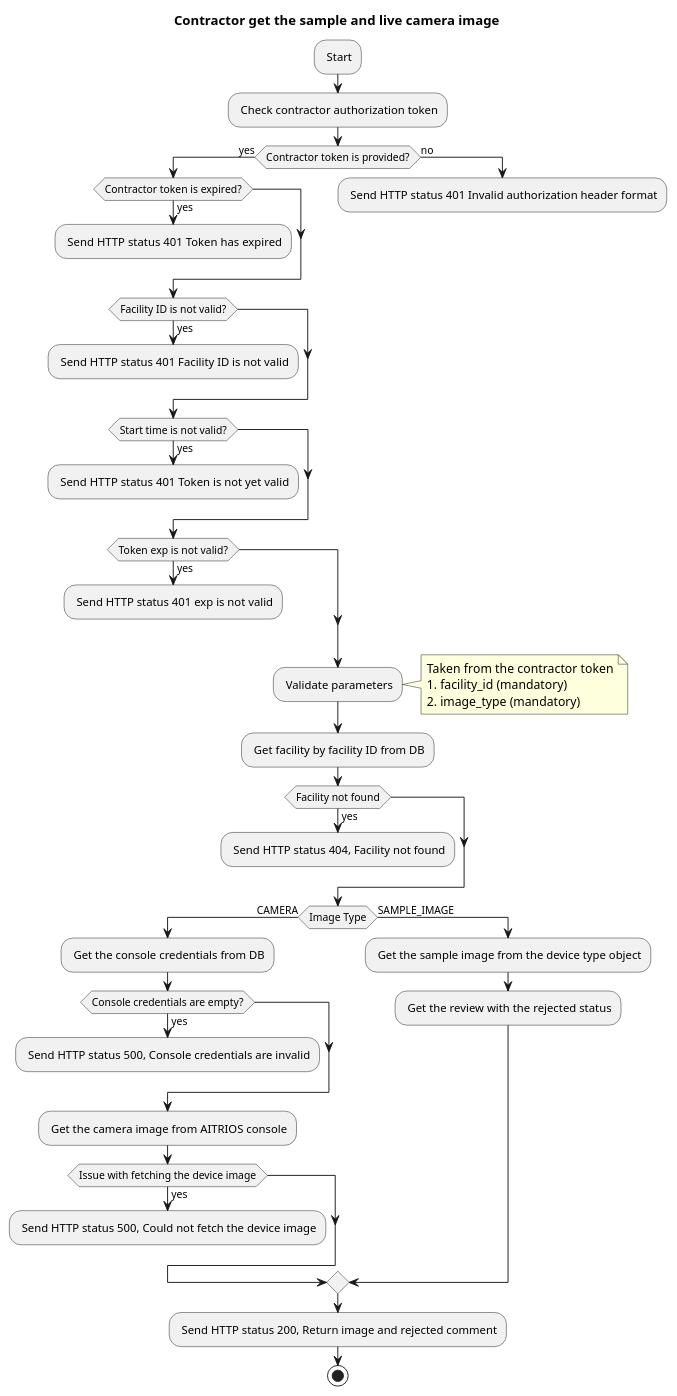
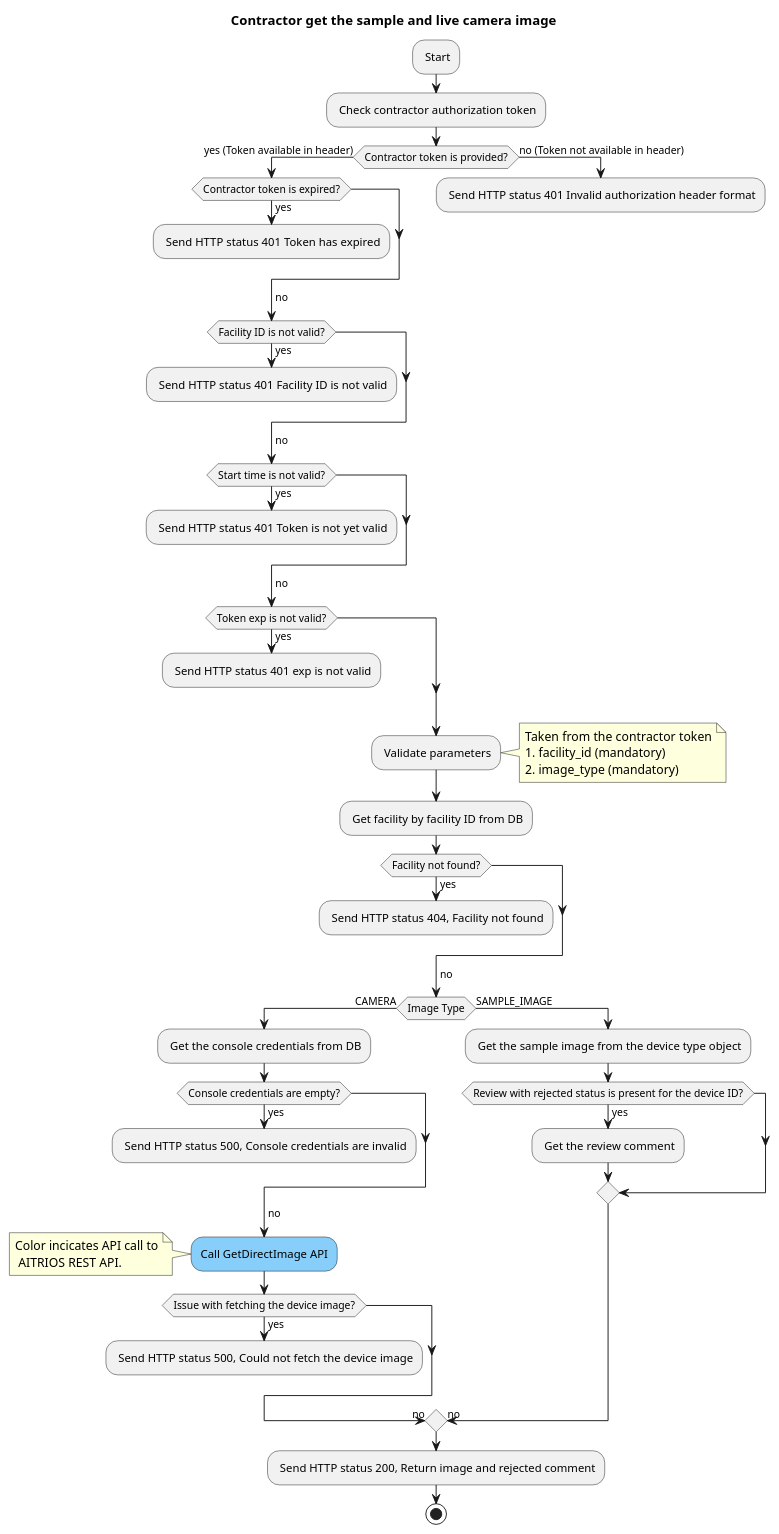
Before and after one commit to SonySemiconductorSolutions/aitrios-sample-tool-angle-adjustment: the diagram in docsrc/apidocs/api-workflow/api-contractor/contractor-get-images.puml, drawn with PlantUML. The commit also changed 264 other files, not shown here.

```diff
--- a/docsrc/apidocs/api-workflow/api-contractor/contractor-get-images.puml
+++ b/docsrc/apidocs/api-workflow/api-contractor/contractor-get-images.puml
@@ -1,57 +1,71 @@
 @startuml Contractor gets images
 title Contractor get the sample and live camera image
 
 : Start;
 : Check contractor authorization token;
-if (Contractor token is provided?) then (yes)
+if (Contractor token is provided?) then (yes (Token available in header))
     if (Contractor token is expired?) then (yes)
         : Send HTTP status 401 Token has expired;
         kill
     endif
+    ->no;
     if (Facility ID is not valid?) then (yes)
         : Send HTTP status 401 Facility ID is not valid;
         kill
     endif
+    ->no;
     if (Start time is not valid?) then (yes)
         : Send HTTP status 401 Token is not yet valid;
         kill
     endif
+    ->no;
     if (Token exp is not valid?) then (yes)
         : Send HTTP status 401 exp is not valid;
         kill
     endif
-else (no)
+    ->no;
+else (no (Token not available in header))
     : Send HTTP status 401 Invalid authorization header format;
     kill
 endif
 : Validate parameters;
 note right
     Taken from the contractor token
     1. facility_id (mandatory)
     2. image_type (mandatory)
 end note
 
 : Get facility by facility ID from DB;
-if (Facility not found) then (yes)
+if (Facility not found?) then (yes)
     : Send HTTP status 404, Facility not found;
     kill
 endif
-
+->no;
 if (Image Type) then (CAMERA)
     : Get the console credentials from DB;
     if (Console credentials are empty?) then (yes)
         : Send HTTP status 500, Console credentials are invalid;
         kill
     endif
-    : Get the camera image from AITRIOS console;
-    if (Issue with fetching the device image) then (yes)
+    ->no;
+    #LightSkyBlue:Call GetDirectImage API;
+    note left
+    Color incicates API call to
+     AITRIOS REST API.
+    end note
+    if (Issue with fetching the device image?) then (yes)
         : Send HTTP status 500, Could not fetch the device image;
         kill
     endif
+    ->no;
 else (SAMPLE_IMAGE)
     : Get the sample image from the device type object;
-    : Get the review with the rejected status;
+    if (Review with rejected status is present for the device ID?) then (yes)
+        : Get the review comment;
+    endif
+    ->no;
 endif
 : Send HTTP status 200, Return image and rejected comment;
+
 stop
 @enduml
```
